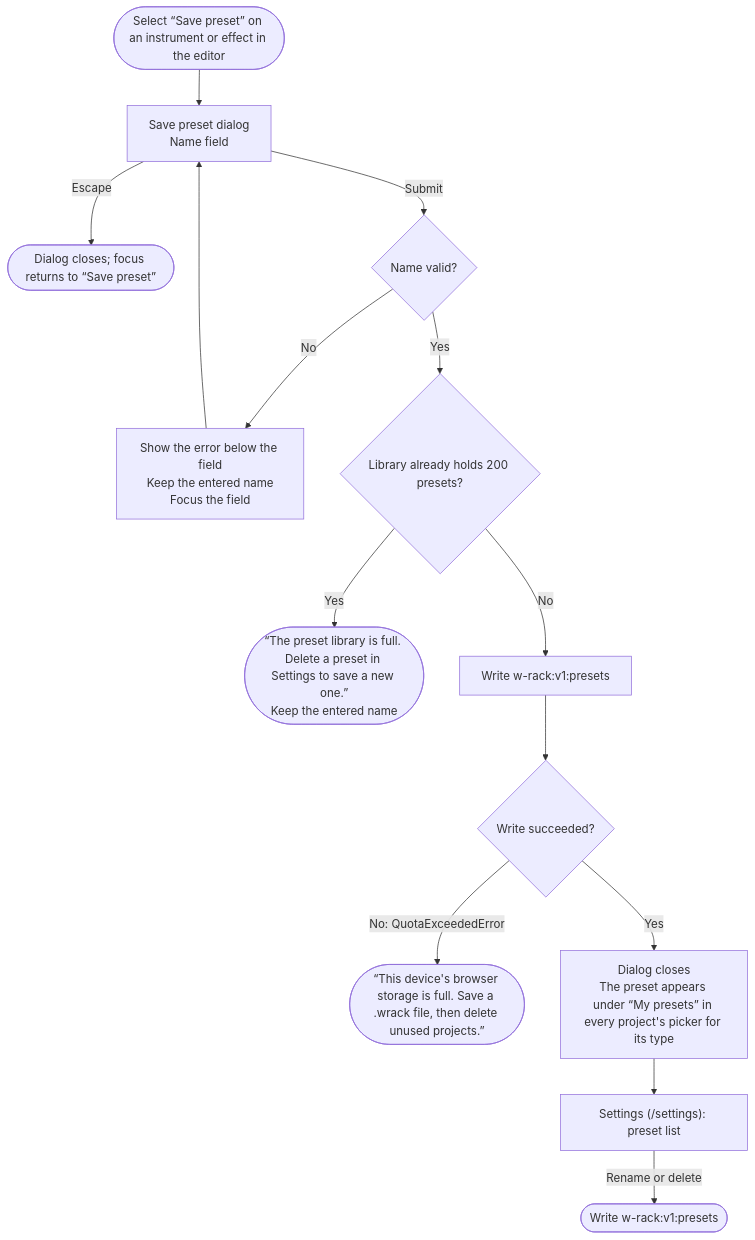
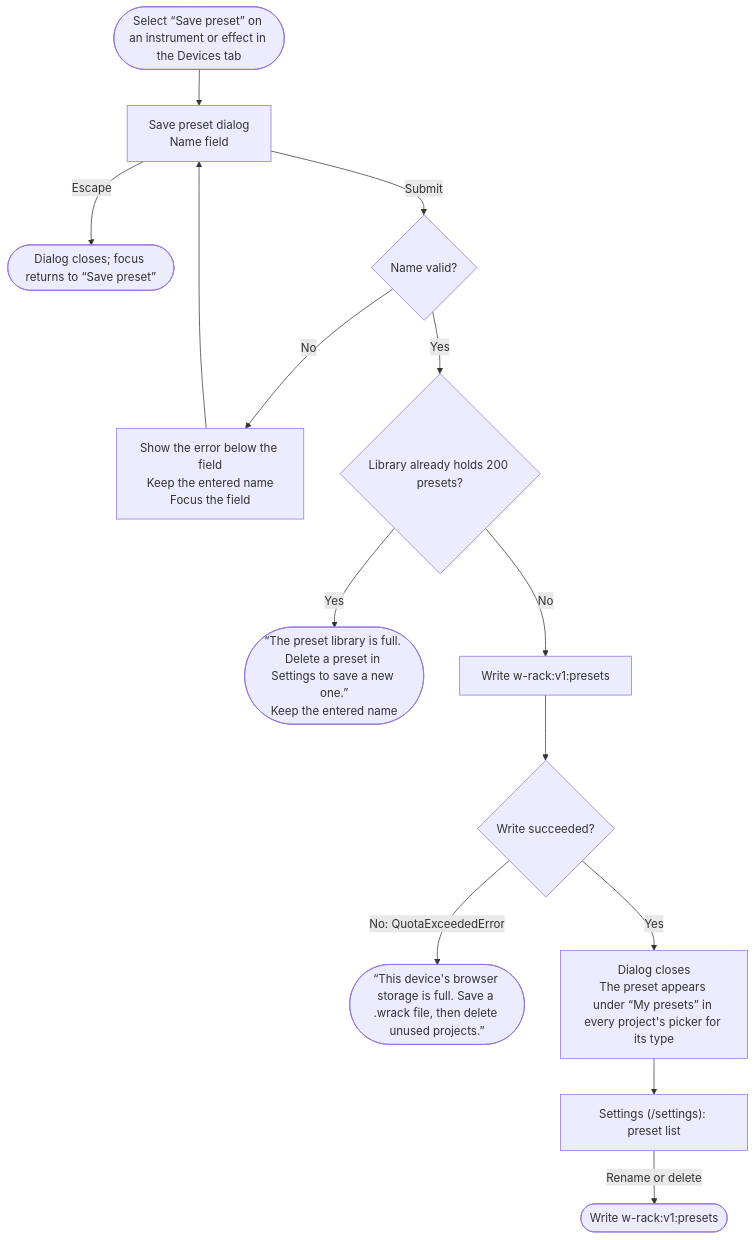
One commit to victor-almaraz/mpcs-51238-assignment-3 changed the fifth of 10 diagrams in README.md. Above: the diagram before and after it, drawn with Mermaid. The commit also changed other lines of this file and 26 other files, not shown here.

````diff
--- a/README.md
+++ b/README.md
@@ -107,16 +107,16 @@
 ```mermaid
 flowchart TD
-  sp_start(["Select “Save preset” on an instrument or effect in the editor"]) --> sp_dialog["Save preset dialog<br/>Name field"]
+  sp_start(["Select “Save preset” on an instrument or effect in the Devices tab"]) --> sp_dialog["Save preset dialog<br/>Name field"]
   sp_dialog -->|"Escape"| sp_close(["Dialog closes; focus returns to “Save preset”"])
   sp_dialog -->|"Submit"| sp_valid{"Name valid?"}
   sp_valid -->|"No"| sp_err["Show the error below the field<br/>Keep the entered name<br/>Focus the field"]
   sp_err --> sp_dialog
   sp_valid -->|"Yes"| sp_limit{"Library already holds 200 presets?"}
   sp_limit -->|"Yes"| sp_refuse(["“The preset library is full. Delete a preset in Settings to save a new one.”<br/>Keep the entered name"])
   sp_limit -->|"No"| sp_write["Write w-rack:v1:presets"]
   sp_write --> sp_quota{"Write succeeded?"}
   sp_quota -->|"No: QuotaExceededError"| sp_full(["“This device's browser storage is full. Save a .wrack file, then delete unused projects.”"])
   sp_quota -->|"Yes"| sp_done["Dialog closes<br/>The preset appears under “My presets” in every project's picker for its type"]
   sp_done --> sp_settings["Settings (/settings): preset list"]
   sp_settings -->|"Rename or delete"| sp_manage(["Write w-rack:v1:presets"])
 ```
````
